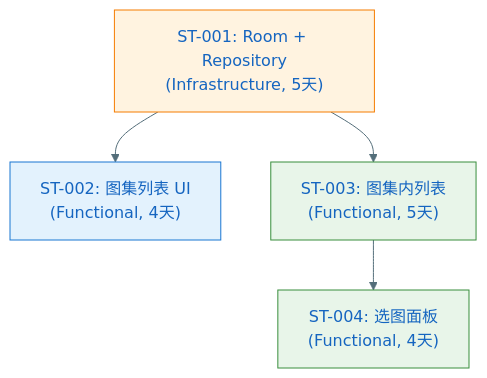
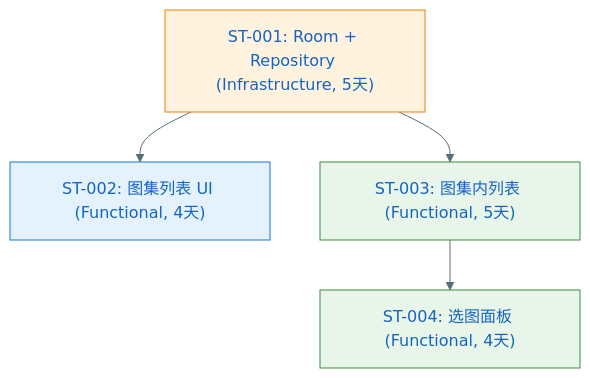
One commit to jackykarma/Verity changed diagram 17 of 17 in specs/epics/EPIC-004-android-gallery/features/FEAT-002-album-management/plan.md. Above: the diagram before and after it, drawn with Mermaid. The commit also changed other lines of this file and 22 other files, not shown here.

First line of the commit message:
📝 docs(EPIC-004): 规格一致性与 Mermaid 图表修正

````diff
--- a/specs/epics/EPIC-004-android-gallery/features/FEAT-002-album-management/plan.md
+++ b/specs/epics/EPIC-004-android-gallery/features/FEAT-002-album-management/plan.md
@@ -1048,17 +1049,17 @@
 ```mermaid
 %%{init: {'theme': 'base', 'themeVariables': { 'primaryColor': '#E3F2FD', 'primaryTextColor': '#1565C0', 'primaryBorderColor': '#1976D2', 'lineColor': '#546E7A'}}}%%
 flowchart TD
-    ST001["ST-001: Room + Repository<br/>(Infrastructure, 5天)"]
-    ST002["ST-002: 图集列表 UI<br/>(Functional, 4天)"]
-    ST003["ST-003: 图集内列表<br/>(Functional, 5天)"]
-    ST004["ST-004: 选图面板<br/>(Functional, 4天)"]
+    ST001["ST-001: Room + Repository (Infrastructure, 5天)"]
+    ST002["ST-002: 图集列表 UI (Functional, 4天)"]
+    ST003["ST-003: 图集内列表 (Functional, 5天)"]
+    ST004["ST-004: 选图面板 (Functional, 4天)"]
     
     ST001 --> ST002
     ST001 --> ST003
     ST003 --> ST004
     
     style ST001 fill:#FFF3E0,stroke:#F57C00
     style ST002 fill:#E3F2FD,stroke:#1976D2
     style ST003 fill:#E8F5E9,stroke:#388E3C
     style ST004 fill:#E8F5E9,stroke:#388E3C
 ```
````
